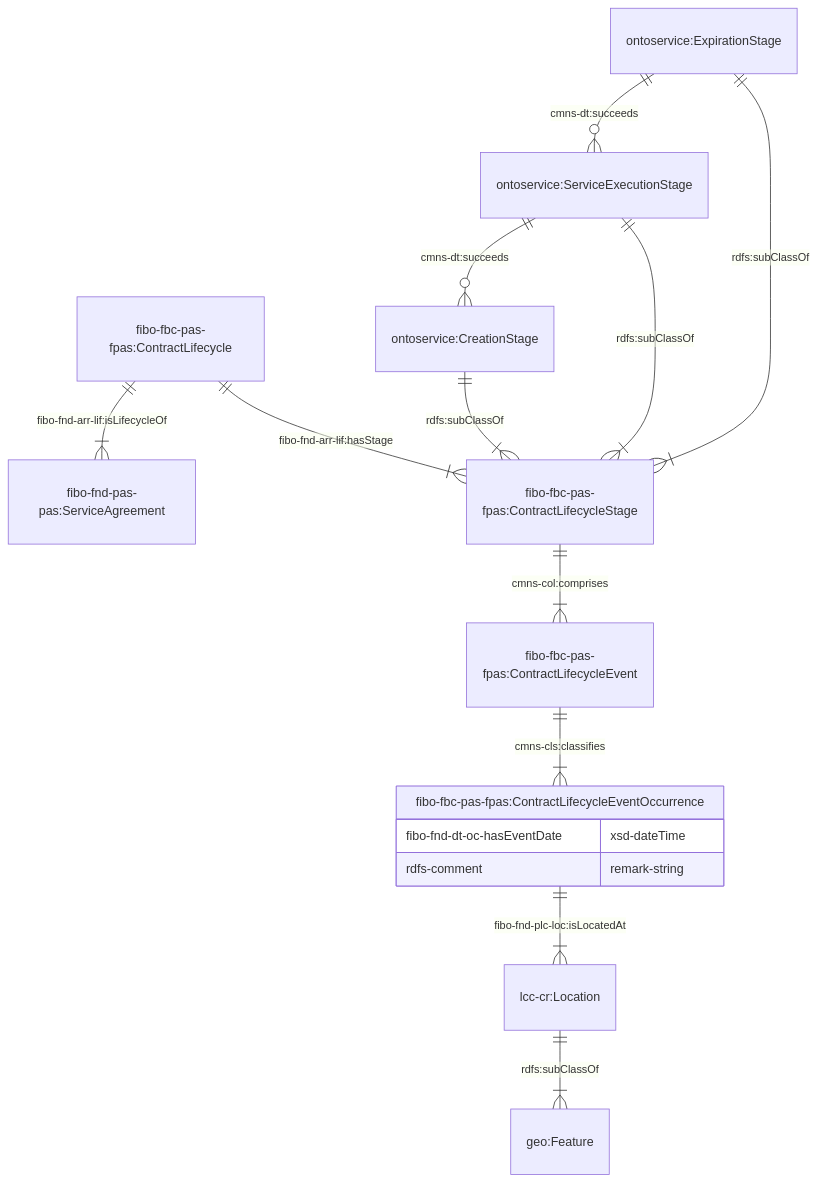
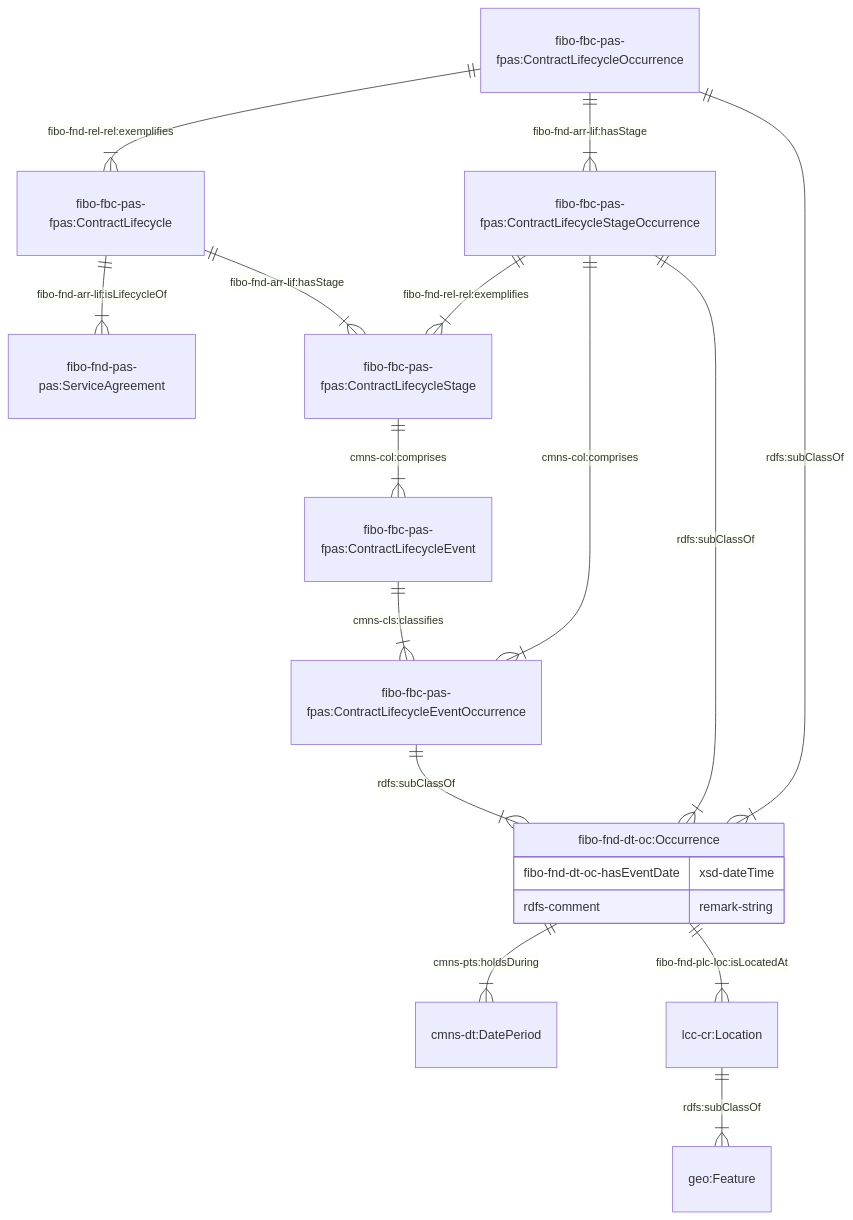
One commit to cambridge-cares/TheWorldAvatar changed the fourth of 8 diagrams in JPS_Ontology/ontology/ontoservice/README.md. Above: the diagram before and after it, drawn with Mermaid. The commit also changed other lines of this file and 3 other files, not shown here.

Commit message:
dev-ontoservice-lifecycle: Revision of lifecycle concepts

````diff
--- a/JPS_Ontology/ontology/ontoservice/README.md
+++ b/JPS_Ontology/ontology/ontoservice/README.md
@@ -168,21 +168,26 @@
 ```mermaid
     erDiagram
     "fibo-fbc-pas-fpas:ContractLifecycle" ||--|{ "fibo-fnd-pas-pas:ServiceAgreement" : "fibo-fnd-arr-lif:isLifecycleOf"
+    "fibo-fbc-pas-fpas:ContractLifecycleOccurrence" ||--|{ "fibo-fbc-pas-fpas:ContractLifecycle" : "fibo-fnd-rel-rel:exemplifies"
+    "fibo-fbc-pas-fpas:ContractLifecycleOccurrence" ||--|{ "fibo-fbc-pas-fpas:ContractLifecycleStageOccurrence" : "fibo-fnd-arr-lif:hasStage"
+    "fibo-fbc-pas-fpas:ContractLifecycleStageOccurrence" ||--|{ "fibo-fbc-pas-fpas:ContractLifecycleStage" : "fibo-fnd-rel-rel:exemplifies"
+    "fibo-fbc-pas-fpas:ContractLifecycleStageOccurrence" ||--|{ "fibo-fbc-pas-fpas:ContractLifecycleEventOccurrence" : "cmns-col:comprises"
 
     "fibo-fbc-pas-fpas:ContractLifecycle" ||--|{ "fibo-fbc-pas-fpas:ContractLifecycleStage" : "fibo-fnd-arr-lif:hasStage"
-    "ontoservice:CreationStage" ||--|{ "fibo-fbc-pas-fpas:ContractLifecycleStage" : "rdfs:subClassOf"
-    "ontoservice:ServiceExecutionStage" ||--|{ "fibo-fbc-pas-fpas:ContractLifecycleStage" : "rdfs:subClassOf"
-    "ontoservice:ExpirationStage" ||--|{ "fibo-fbc-pas-fpas:ContractLifecycleStage" : "rdfs:subClassOf"
-    "ontoservice:ServiceExecutionStage" ||--o{ "ontoservice:CreationStage" : "cmns-dt:succeeds"
-    "ontoservice:ExpirationStage" ||--o{ "ontoservice:ServiceExecutionStage" : "cmns-dt:succeeds"
 
     "fibo-fbc-pas-fpas:ContractLifecycleStage" ||--|{ "fibo-fbc-pas-fpas:ContractLifecycleEvent" : "cmns-col:comprises"
     "fibo-fbc-pas-fpas:ContractLifecycleEvent" ||--|{ "fibo-fbc-pas-fpas:ContractLifecycleEventOccurrence" : "cmns-cls:classifies"
-    "fibo-fbc-pas-fpas:ContractLifecycleEventOccurrence" ||--|{ "lcc-cr:Location" : "fibo-fnd-plc-loc:isLocatedAt"
+
+    "fibo-fbc-pas-fpas:ContractLifecycleOccurrence" ||--|{ "fibo-fnd-dt-oc:Occurrence" : "rdfs:subClassOf"
+    "fibo-fbc-pas-fpas:ContractLifecycleStageOccurrence" ||--|{ "fibo-fnd-dt-oc:Occurrence" : "rdfs:subClassOf"
+    "fibo-fbc-pas-fpas:ContractLifecycleEventOccurrence" ||--|{ "fibo-fnd-dt-oc:Occurrence" : "rdfs:subClassOf"
+
+    "fibo-fnd-dt-oc:Occurrence" ||--|{ " cmns-dt:DatePeriod" : "cmns-pts:holdsDuring"
+    "fibo-fnd-dt-oc:Occurrence" ||--|{ "lcc-cr:Location" : "fibo-fnd-plc-loc:isLocatedAt"
     "lcc-cr:Location" ||--|{ "geo:Feature" : "rdfs:subClassOf"
 
-    "fibo-fbc-pas-fpas:ContractLifecycleEventOccurrence" {
+    "fibo-fnd-dt-oc:Occurrence" {
         fibo-fnd-dt-oc-hasEventDate xsd-dateTime
         rdfs-comment remark-string
     }
 ```
````
